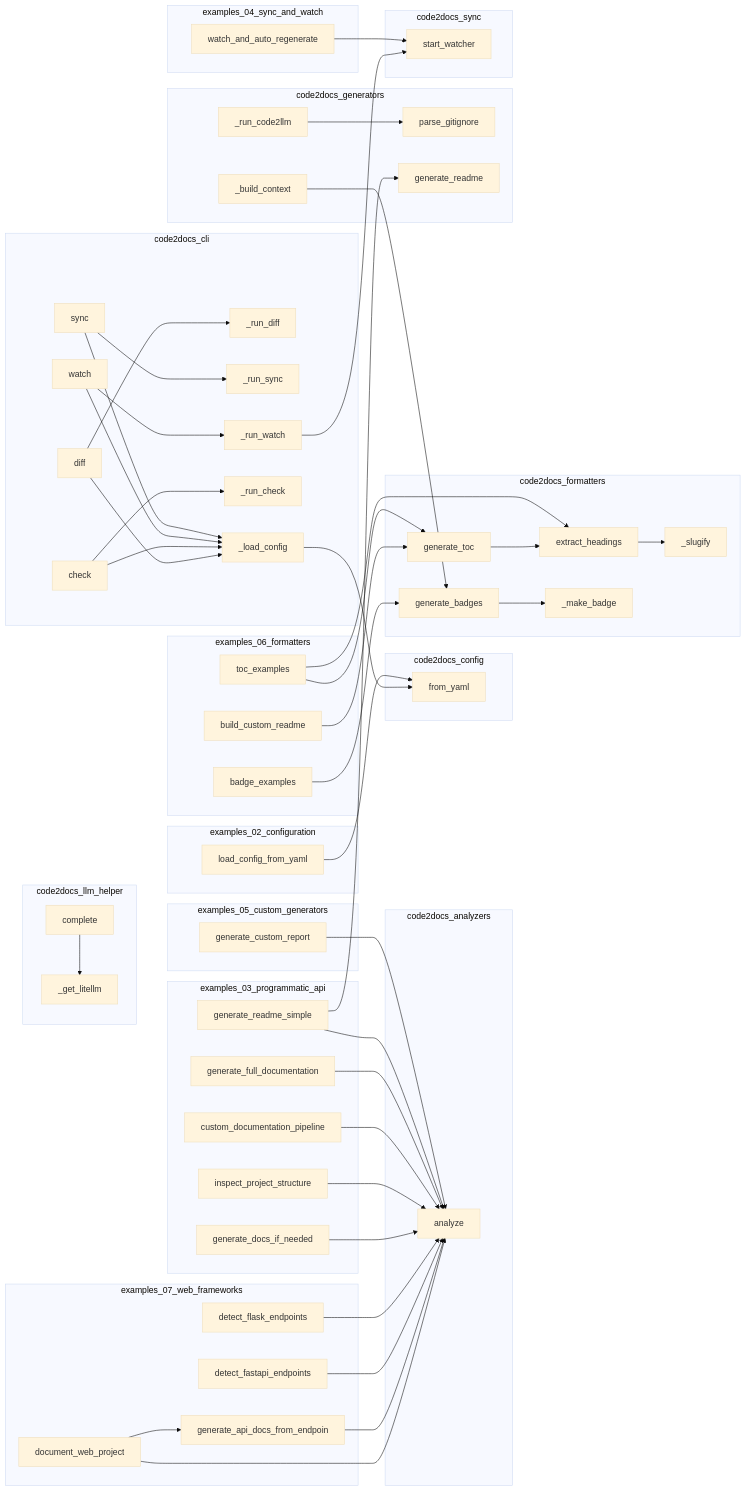
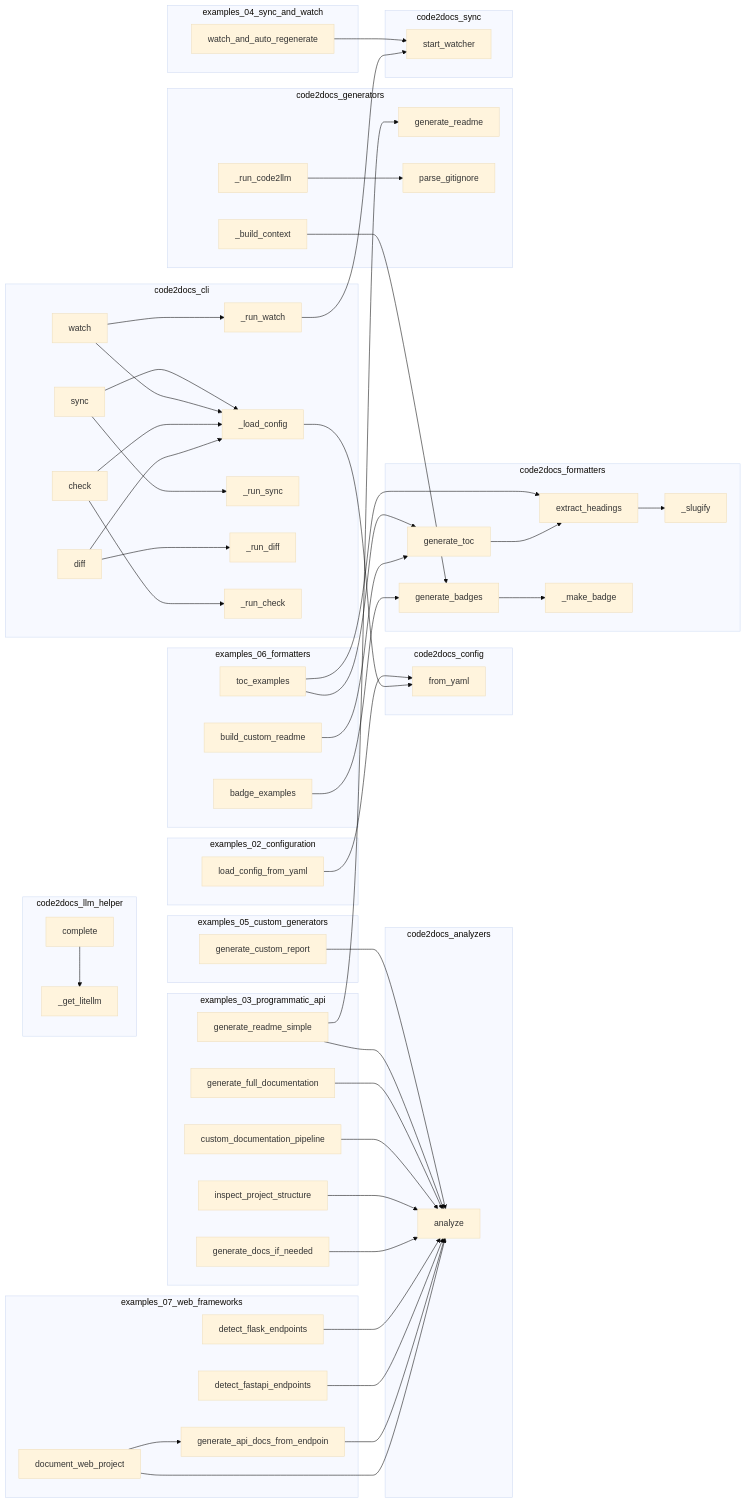
Before and after one commit to wronai/code2docs: the diagram in project/calls.mmd, drawn with Mermaid (base theme). The commit also changed other lines of this file and 15 other files, not shown here.

```diff
--- a/project/calls.mmd
+++ b/project/calls.mmd
@@ -1,99 +1,99 @@
 flowchart LR
     subgraph code2docs_analyzers
         code2docs__analyze["analyze"]
     end
     subgraph code2docs_cli
-        code2docs__cli___run_diff["_run_diff"]
-        code2docs__cli___run_sync["_run_sync"]
-        code2docs__cli__watch["watch"]
-        code2docs__cli___load_config["_load_config"]
-        code2docs__cli___run_check["_run_check"]
-        code2docs__cli__diff["diff"]
-        code2docs__cli__check["check"]
         code2docs__cli__sync["sync"]
         code2docs__cli___run_watch["_run_watch"]
+        code2docs__cli___load_config["_load_config"]
+        code2docs__cli___run_sync["_run_sync"]
+        code2docs__cli__check["check"]
+        code2docs__cli___run_diff["_run_diff"]
+        code2docs__cli___run_check["_run_check"]
+        code2docs__cli__watch["watch"]
+        code2docs__cli__diff["diff"]
     end
     subgraph code2docs_config
         code2docs__config__Code2DocsConfig__from_yaml["from_yaml"]
     end
     subgraph code2docs_formatters
+        code2docs__formatters__toc__extract_headings["extract_headings"]
+        code2docs__formatters__badges___make_badge["_make_badge"]
+        code2docs__formatters__toc__generate_toc["generate_toc"]
+        code2docs__formatters__toc___slugify["_slugify"]
         code2docs__formatters__badges__generate_badges["generate_badges"]
-        code2docs__formatters__toc___slugify["_slugify"]
-        code2docs__formatters__toc__extract_headings["extract_headings"]
-        code2docs__formatters__toc__generate_toc["generate_toc"]
-        code2docs__formatters__badges___make_badge["_make_badge"]
     end
     subgraph code2docs_generators
-        code2docs__parse_gitignore["parse_gitignore"]
-        code2docs___run_code2llm["_run_code2llm"]
         code2docs__generators__readme_gen__generate_readme["generate_readme"]
         code2docs___build_context["_build_context"]
+        code2docs___run_code2llm["_run_code2llm"]
+        code2docs__parse_gitignore["parse_gitignore"]
     end
     subgraph code2docs_llm_helper
         code2docs__llm_helper___get_litellm["_get_litellm"]
         code2docs__llm_helper__LLMHelper__complete["complete"]
     end
     subgraph code2docs_sync
         code2docs__sync__watcher__start_watcher["start_watcher"]
     end
     subgraph examples_02_configuration
         examples__02_configuration__load_config_from_yaml["load_config_from_yaml"]
     end
     subgraph examples_03_programmatic_api
+        examples__generate_docs_if_needed["generate_docs_if_needed"]
+        examples__custom_documentation_pipeline["custom_documentation_pipeline"]
+        examples__generate_readme_simple["generate_readme_simple"]
+        examples__generate_full_documentation["generate_full_documentation"]
         examples__inspect_project_structure["inspect_project_structure"]
-        examples__generate_full_documentation["generate_full_documentation"]
-        examples__generate_readme_simple["generate_readme_simple"]
-        examples__custom_documentation_pipeline["custom_documentation_pipeline"]
-        examples__generate_docs_if_needed["generate_docs_if_needed"]
     end
     subgraph examples_04_sync_and_watch
         examples__watch_and_auto_regenerate["watch_and_auto_regenerate"]
     end
     subgraph examples_05_custom_generators
         examples__generate_custom_report["generate_custom_report"]
     end
     subgraph examples_06_formatters
-        examples__06_formatters__toc_examples["toc_examples"]
         examples__06_formatters__badge_examples["badge_examples"]
         examples__06_formatters__build_custom_readme["build_custom_readme"]
+        examples__06_formatters__toc_examples["toc_examples"]
     end
     subgraph examples_07_web_frameworks
+        examples__detect_flask_endpoints["detect_flask_endpoints"]
+        examples__generate_api_docs_from_endpoints["generate_api_docs_from_endpoin"]
         examples__07_web_frameworks__document_web_project["document_web_project"]
-        examples__detect_flask_endpoints["detect_flask_endpoints"]
         examples__detect_fastapi_endpoints["detect_fastapi_endpoints"]
-        examples__generate_api_docs_from_endpoints["generate_api_docs_from_endpoin"]
     end
     code2docs__llm_helper__LLMHelper__complete --> code2docs__llm_helper___get_litellm
     examples__watch_and_auto_regenerate --> code2docs__sync__watcher__start_watcher
     examples__generate_custom_report --> code2docs__analyze
     examples__06_formatters__badge_examples --> code2docs__formatters__badges__generate_badges
     examples__06_formatters__toc_examples --> code2docs__formatters__toc__generate_toc
     examples__06_formatters__toc_examples --> code2docs__formatters__toc__extract_headings
     examples__06_formatters__build_custom_readme --> code2docs__formatters__toc__generate_toc
     examples__generate_readme_simple --> code2docs__analyze
     examples__generate_readme_simple --> code2docs__generators__readme_gen__generate_readme
     examples__generate_full_documentation --> code2docs__analyze
     examples__custom_documentation_pipeline --> code2docs__analyze
     examples__inspect_project_structure --> code2docs__analyze
     examples__generate_docs_if_needed --> code2docs__analyze
     examples__detect_flask_endpoints --> code2docs__analyze
     examples__detect_fastapi_endpoints --> code2docs__analyze
     examples__generate_api_docs_from_endpoints --> code2docs__analyze
     examples__07_web_frameworks__document_web_project --> code2docs__analyze
     examples__07_web_frameworks__document_web_project --> examples__generate_api_docs_from_endpoints
     examples__02_configuration__load_config_from_yaml --> code2docs__config__Code2DocsConfig__from_yaml
     code2docs__formatters__badges__generate_badges --> code2docs__formatters__badges___make_badge
     code2docs__formatters__toc__generate_toc --> code2docs__formatters__toc__extract_headings
     code2docs__formatters__toc__extract_headings --> code2docs__formatters__toc___slugify
     code2docs___run_code2llm --> code2docs__parse_gitignore
     code2docs___build_context --> code2docs__formatters__badges__generate_badges
     code2docs__cli__sync --> code2docs__cli___load_config
     code2docs__cli__sync --> code2docs__cli___run_sync
     code2docs__cli__watch --> code2docs__cli___load_config
     code2docs__cli__watch --> code2docs__cli___run_watch
     code2docs__cli__check --> code2docs__cli___load_config
     code2docs__cli__check --> code2docs__cli___run_check
     code2docs__cli__diff --> code2docs__cli___load_config
     code2docs__cli__diff --> code2docs__cli___run_diff
     code2docs__cli___load_config --> code2docs__config__Code2DocsConfig__from_yaml
     code2docs__cli___run_watch --> code2docs__sync__watcher__start_watcher
```
